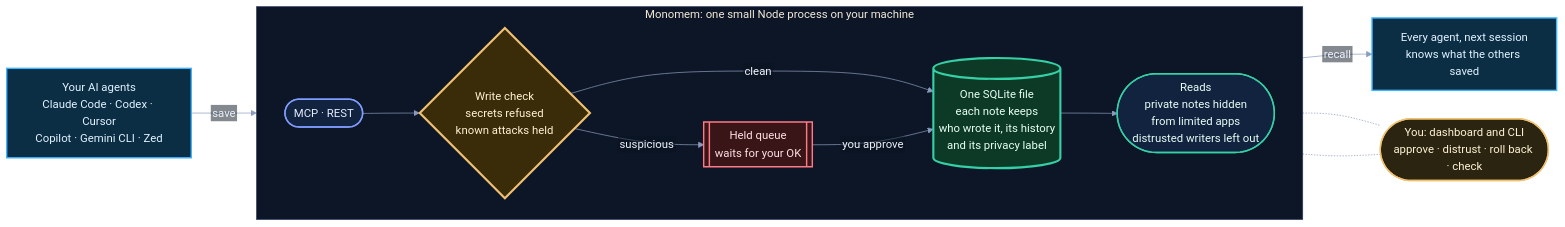
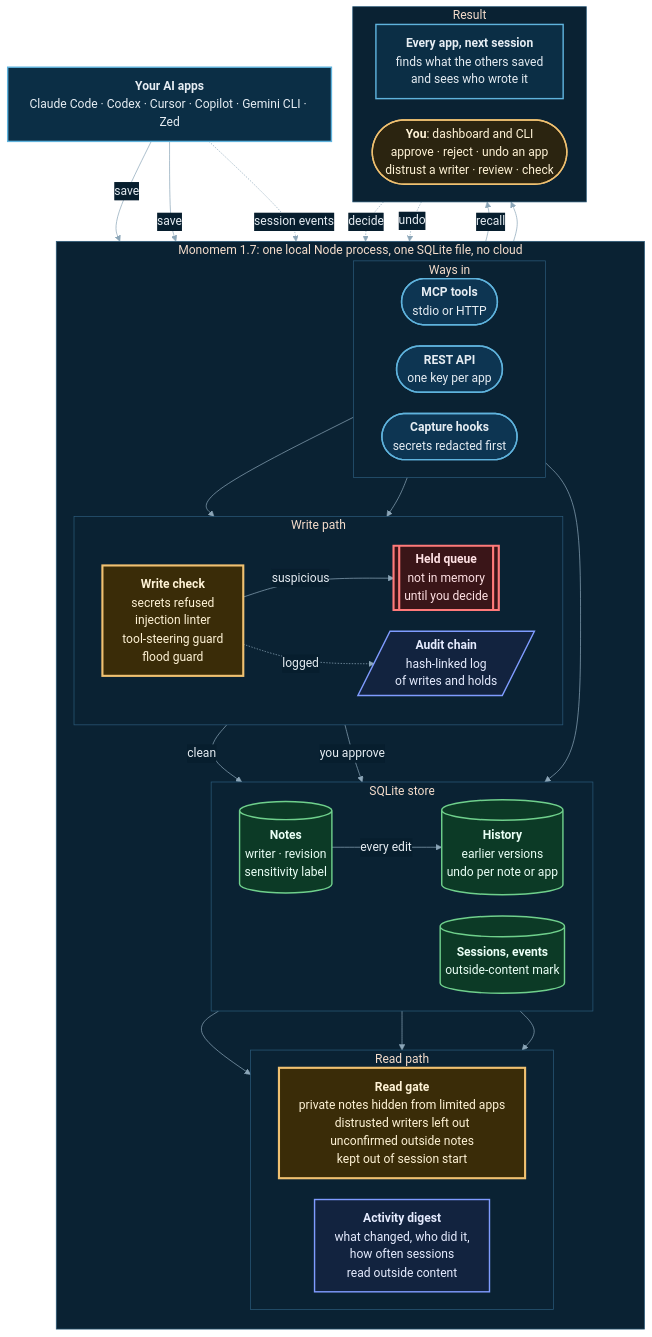
The diagram in docs/architecture.md (calasdan-sketch/monomem), drawn with Mermaid before and after one commit. The commit also changed 10 other files, not shown here.

Commit message:
docs: 1.7.0 demo GIF/MP4, screenshots and architecture diagram from a real run

````diff
--- a/docs/architecture.md
+++ b/docs/architecture.md
@@ -3,46 +3,76 @@
 ```mermaid
-%%{init: {"theme":"base","flowchart":{"useMaxWidth":false,"htmlLabels":false,"curve":"basis","nodeSpacing":40,"rankSpacing":55},
-  "themeVariables":{"fontFamily":"Arial, Helvetica, sans-serif","fontSize":"16px",
-  "primaryColor":"#12233f","primaryTextColor":"#eef2fa","primaryBorderColor":"#2b3a5c",
-  "lineColor":"#8a9bbd","clusterBkg":"#0d1626","clusterBorder":"#2b3a5c",
-  "edgeLabelBackground":"#0b1220","tertiaryColor":"#0d1626"}}}%%
-flowchart LR
-  AG["Your AI agents<br/>Claude Code · Codex · Cursor<br/>Copilot · Gemini CLI · Zed"]
-  AG2["Every agent, next session<br/>knows what the others saved"]
+%%{init: {"theme":"base","flowchart":{"useMaxWidth":false,"htmlLabels":true,"wrappingWidth":400,"curve":"basis","nodeSpacing":30,"rankSpacing":30,"padding":14},
+  "themeVariables":{"fontFamily":"Arial, Helvetica, sans-serif","fontSize":"17px",
+  "primaryColor":"#0B2E45","primaryTextColor":"#E6EDF3","primaryBorderColor":"#2b5a7a",
+  "lineColor":"#8CA6B8","clusterBkg":"#0a2233","clusterBorder":"#2b5a7a",
+  "edgeLabelBackground":"#071E2E","tertiaryColor":"#0a2233"}}}%%
+flowchart TB
+  APPS["<b>Your AI apps</b><br/>Claude Code · Codex · Cursor · Copilot · Gemini CLI · Zed"]
 
-  subgraph mm["Monomem: one small Node process on your machine"]
-    direction LR
-    IN(["MCP · REST"])
-    GATE{"Write check<br/>secrets refused<br/>known attacks held"}
-    HELD[["Held queue<br/>waits for your OK"]]
-    DB[("One SQLite file<br/>each note keeps<br/>who wrote it, its history<br/>and its privacy label")]
-    OUT(["Reads<br/>private notes hidden<br/>from limited apps<br/>distrusted writers left out"])
-    IN --> GATE
-    GATE -- "clean" --> DB
-    GATE -- "suspicious" --> HELD
-    HELD -- "you approve" --> DB
-    DB --> OUT
+  subgraph mm["Monomem 1.7: one local Node process, one SQLite file, no cloud"]
+    direction TB
+    subgraph door["Ways in"]
+      direction LR
+      MCP(["<b>MCP tools</b><br/>stdio or HTTP"])
+      REST(["<b>REST API</b><br/>one key per app"])
+      HOOK(["<b>Capture hooks</b><br/>secrets redacted first"])
+    end
+    subgraph wp["Write path"]
+      direction LR
+      CHECK["<b>Write check</b><br/>secrets refused<br/>injection linter<br/>tool-steering guard<br/>flood guard"]
+      HELD[["<b>Held queue</b><br/>not in memory<br/>until you decide"]]
+      AUDIT[/"<b>Audit chain</b><br/>hash-linked log<br/>of writes and holds"/]
+    end
+    subgraph db["SQLite store"]
+      direction LR
+      NOTES[("<b>Notes</b><br/>writer · revision<br/>sensitivity label")]
+      HIST[("<b>History</b><br/>earlier versions<br/>undo per note or app")]
+      CAP[("<b>Sessions, events</b><br/>outside-content mark")]
+    end
+    subgraph rp["Read path"]
+      direction LR
+      GATE["<b>Read gate</b><br/>private notes hidden from limited apps<br/>distrusted writers left out<br/>unconfirmed outside notes<br/>kept out of session start"]
+      DIGEST["<b>Activity digest</b><br/>what changed, who did it,<br/>how often sessions<br/>read outside content"]
+    end
   end
 
-  YOU(["You: dashboard and CLI<br/>approve · distrust · roll back · check"])
+  subgraph out["Result"]
+    direction LR
+    RECALL["<b>Every app, next session</b><br/>finds what the others saved<br/>and sees who wrote it"]
+    YOU(["<b>You</b>: dashboard and CLI<br/>approve · reject · undo an app<br/>distrust a writer · review · check"])
+  end
 
-  AG -- "save" --> IN
-  OUT -- "recall" --> AG2
-  HELD -.- YOU
-  DB -.- YOU
+  APPS -- "save" --> MCP
+  APPS -- "save" --> REST
+  APPS -. "session events" .-> HOOK
+  MCP --> CHECK
+  REST --> CHECK
+  CHECK -- "suspicious" --> HELD
+  CHECK -. "logged" .-> AUDIT
+  CHECK -- "clean" --> NOTES
+  HELD -- "you approve" --> NOTES
+  HOOK --> CAP
+  NOTES -- "every edit" --> HIST
+  NOTES --> GATE
+  NOTES --> DIGEST
+  CAP --> DIGEST
+  GATE -- "recall" --> RECALL
+  DIGEST --> YOU
+  YOU -. "decide" .-> HELD
+  YOU -. "undo" .-> HIST
 
-  classDef agent fill:#0b2e45,stroke:#3fb4ff,stroke-width:2px,color:#e3f3ff;
-  classDef entry fill:#12233f,stroke:#7f9cff,stroke-width:2px,color:#e6ecff;
-  classDef gate  fill:#3a2c08,stroke:#f0c171,stroke-width:3px,color:#fff3d6;
-  classDef held  fill:#3a1518,stroke:#ff7a85,stroke-width:2px,color:#ffe1e4;
-  classDef store fill:#0c3a26,stroke:#35d0a5,stroke-width:3px,color:#eafff6;
-  classDef read  fill:#12233f,stroke:#35d0a5,stroke-width:2px,color:#e6fff6;
-  classDef you   fill:#2b2410,stroke:#f0c171,stroke-width:2px,color:#fff3d6;
-  class AG,AG2 agent;
-  class IN entry;
-  class GATE gate;
+  classDef app    fill:#0B2E45,stroke:#5FB3DD,stroke-width:2px,color:#E6EDF3;
+  classDef door   fill:#0d3552,stroke:#5FB3DD,stroke-width:2px,color:#E6EDF3;
+  classDef gate   fill:#3a2c08,stroke:#F0C171,stroke-width:3px,color:#FFF3D6;
+  classDef held   fill:#3a1518,stroke:#FF7A7A,stroke-width:3px,color:#FFE1E4;
+  classDef store  fill:#0c3a26,stroke:#6FD08C,stroke-width:2px,color:#EAFFF6;
+  classDef audit  fill:#12233f,stroke:#7f9cff,stroke-width:2px,color:#E6ECFF;
+  classDef you    fill:#2b2410,stroke:#F0C171,stroke-width:2px,color:#FFF3D6;
+  class APPS,RECALL app;
+  class MCP,REST,HOOK door;
+  class CHECK,GATE gate;
   class HELD held;
-  class DB store;
-  class OUT read;
+  class NOTES,HIST,CAP store;
+  class AUDIT,DIGEST audit;
   class YOU you;
 ```
````
